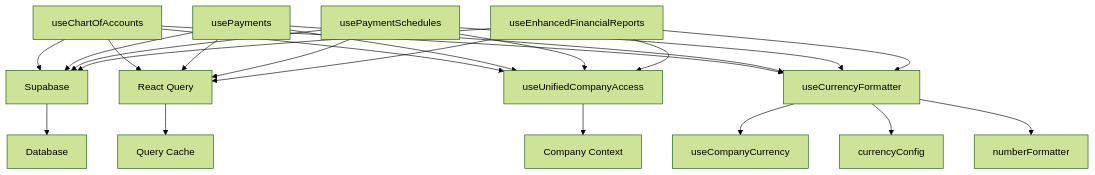
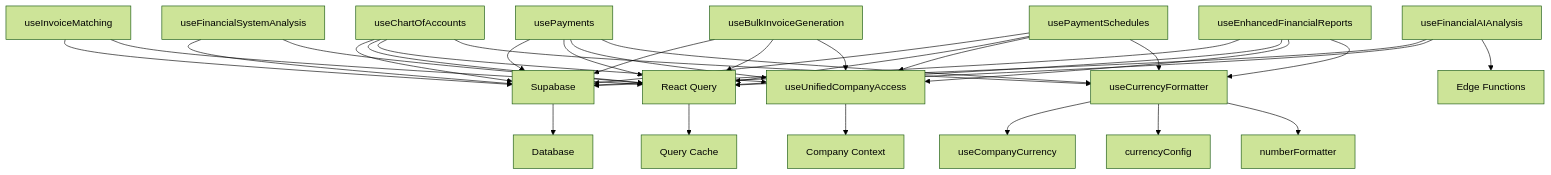
Before and after one commit to khamis1992/fleetifyapp: diagram 11 of 11 in .qoder/repowiki/en/content/State Management/Custom Hooks/Financial Operations Hooks/Financial Operations Hooks.md, drawn with Mermaid (forest theme). The commit also changed other lines of this file and 20 other files, not shown here.

````diff
--- a/.qoder/repowiki/en/content/State Management/Custom Hooks/Financial Operations Hooks/Financial Operations Hooks.md
+++ b/.qoder/repowiki/en/content/State Management/Custom Hooks/Financial Operations Hooks/Financial Operations Hooks.md
@@ -213,25 +353,35 @@
 ```mermaid
 graph TD
 A[useChartOfAccounts] --> B[Supabase]
 A --> C[React Query]
 A --> D[useUnifiedCompanyAccess]
 B --> E[Database]
 C --> F[Query Cache]
 D --> G[Company Context]
 H[usePayments] --> B
 H --> C
 H --> D
 I[usePaymentSchedules] --> B
 I --> C
 I --> D
 J[useEnhancedFinancialReports] --> B
 J --> C
 J --> D
 K[useCurrencyFormatter] --> L[useCompanyCurrency]
 K --> M[currencyConfig]
 K --> N[numberFormatter]
 A --> K
 H --> K
 I --> K
 J --> K
+O[useInvoiceMatching] --> B
+O --> C
+P[useBulkInvoiceGeneration] --> B
+P --> C
+P --> D
+Q[useFinancialSystemAnalysis] --> B
+Q --> C
+R[useFinancialAIAnalysis] --> B
+R --> C
+R --> S[Edge Functions]
 ```
````
